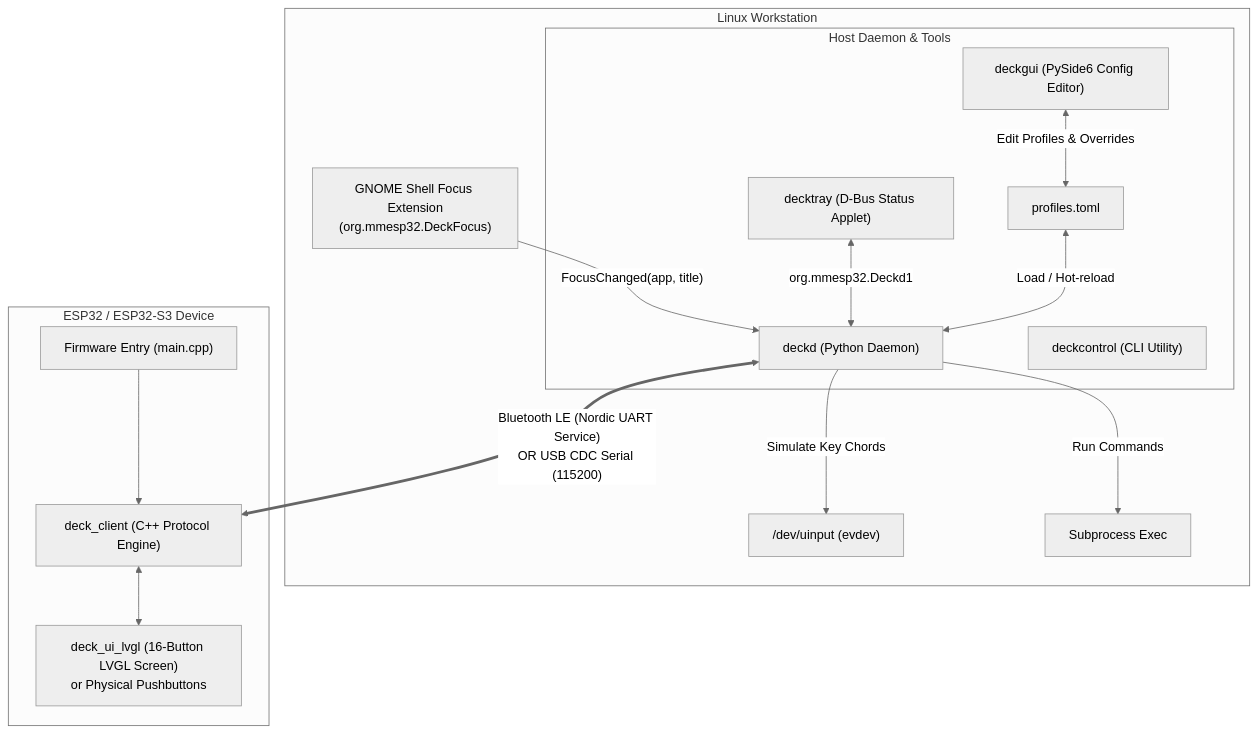
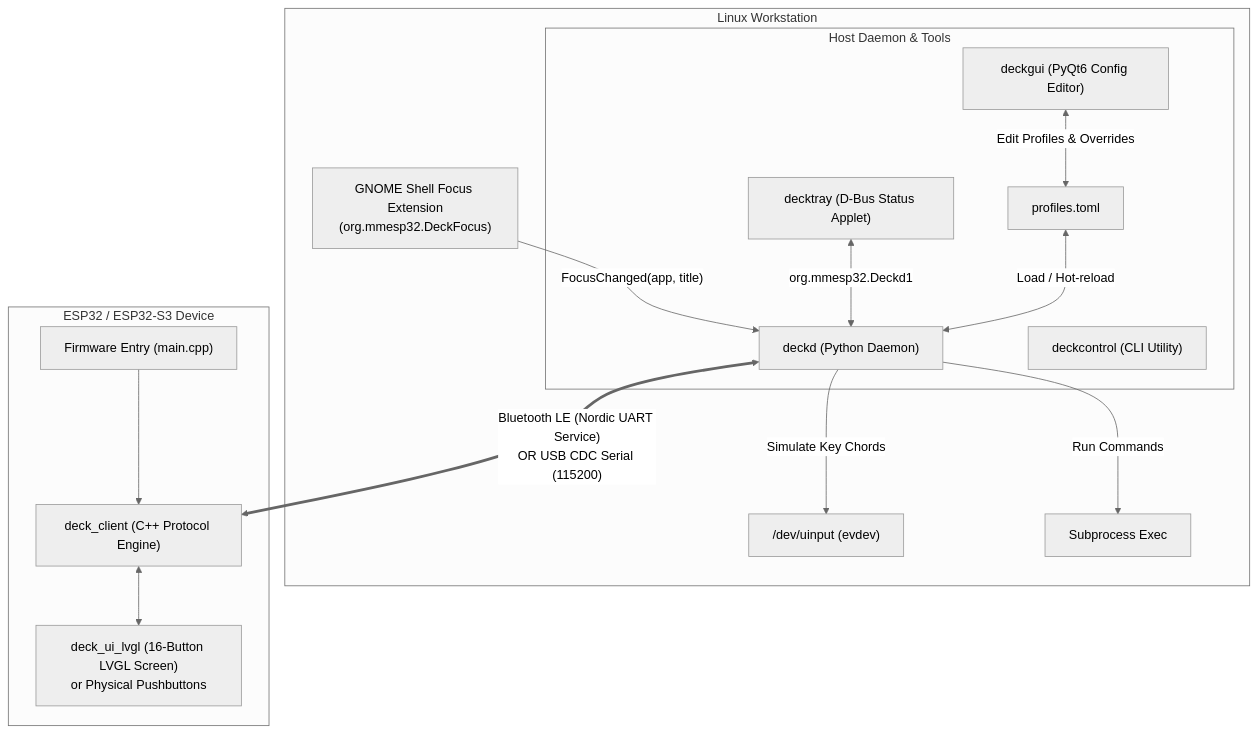
One commit to jmartinmaster/StreamDeck changed the diagram in README.md. Above: the diagram before and after it, drawn with Mermaid (neutral theme). The commit also changed other lines of this file and 21 other files, not shown here.

````diff
--- a/README.md
+++ b/README.md
@@ -32,31 +32,31 @@
 ```mermaid
 flowchart TD
     subgraph PC["Linux Workstation"]
         subgraph DaemonSuite["Host Daemon & Tools"]
             D["deckd (Python Daemon)"]
             T["decktray (D-Bus Status Applet)"]
-            G["deckgui (PySide6 Config Editor)"]
+            G["deckgui (PyQt6 Config Editor)"]
             C["deckcontrol (CLI Utility)"]
             P["profiles.toml"]
         end
 
         Focus["GNOME Shell Focus Extension\n(org.mmesp32.DeckFocus)"] -->|"FocusChanged(app, title)"| D
         D -->|Simulate Key Chords| UInput["/dev/uinput (evdev)"]
         D -->|Run Commands| Shell["Subprocess Exec"]
 
         T <-->|org.mmesp32.Deckd1| D
         G <-->|Edit Profiles & Overrides| P
         P <-->|Load / Hot-reload| D
     end
 
     subgraph Device["ESP32 / ESP32-S3 Device"]
         Firmware["Firmware Entry (main.cpp)"]
         Client["deck_client (C++ Protocol Engine)"]
         UI["deck_ui_lvgl (16-Button LVGL Screen)\nor Physical Pushbuttons"]
 
         Firmware --> Client
         Client <--> UI
     end
 
     D <==>|"Bluetooth LE (Nordic UART Service)\nOR USB CDC Serial (115200)"| Client
 ```
````
